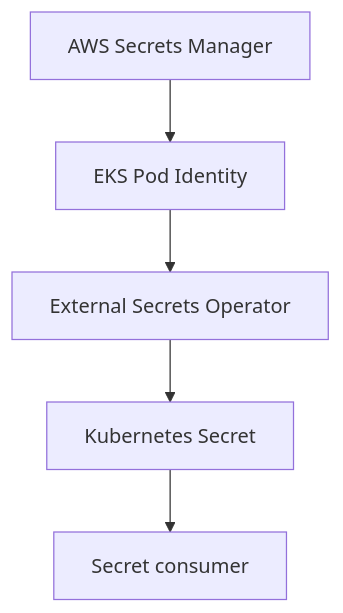
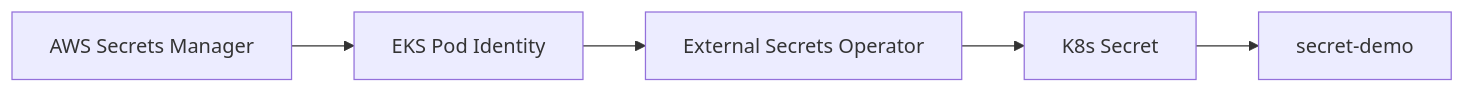
One commit to earpjennings37/say_when_git_ops changed the second of 2 diagrams in README.md. Above: the diagram before and after it, drawn with Mermaid. The commit also changed other lines of this file, not shown here.

````diff
--- a/README.md
+++ b/README.md
@@ -172,7 +127,4 @@
 ```mermaid
-flowchart TD
-    SM["AWS Secrets Manager"] --> PI["EKS Pod Identity"]
-    PI --> ESO["External Secrets Operator"]
-    ESO --> KS["Kubernetes Secret"]
-    KS --> App["Secret consumer"]
+flowchart LR
+    SM["AWS Secrets Manager"] --> PI["EKS Pod Identity"] --> ESO["External Secrets Operator"] --> KS["K8s Secret"] --> App["secret-demo"]
 ```
````
